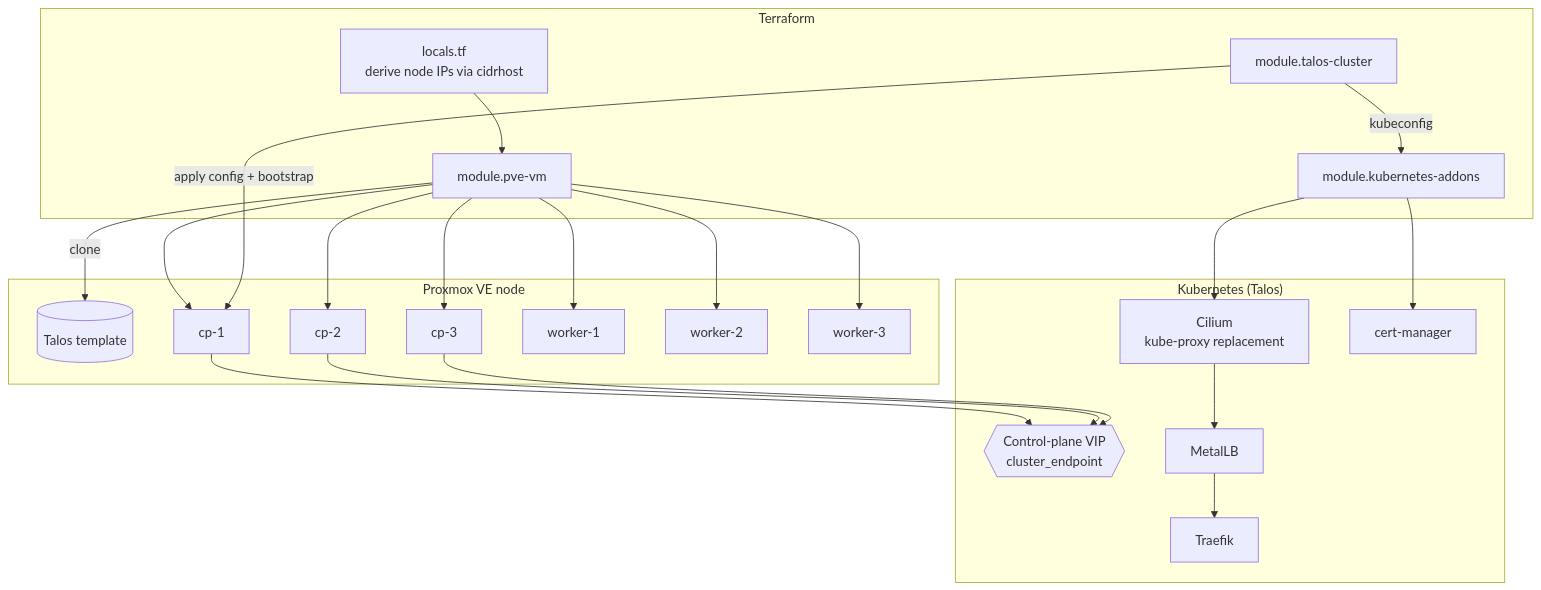
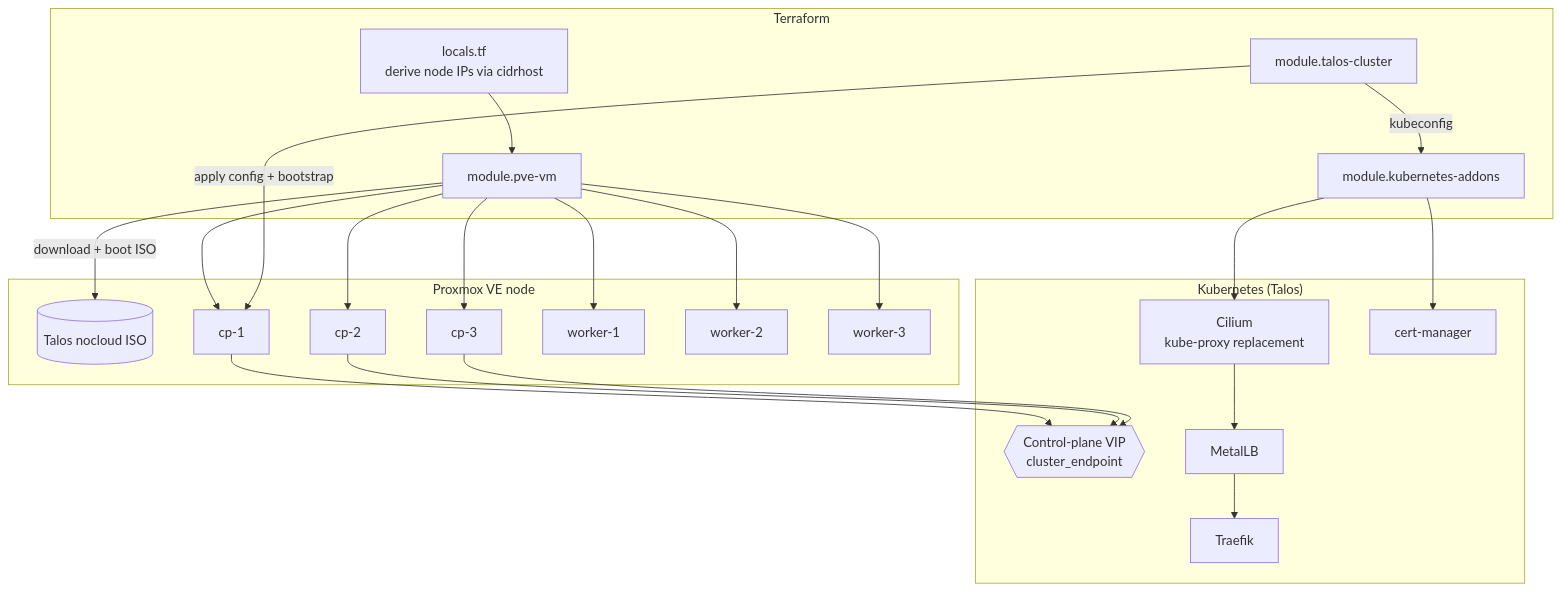
One commit to sm-creative-hrzl/terraform-pve-talos-kubernetes changed the diagram in README.md. Above: the diagram before and after it, drawn with Mermaid. The commit also changed other lines of this file and 12 other files, not shown here.

First line of the commit message:
feat(pve-vm): boot Talos VMs from ISO instead of cloning a template

````diff
--- a/README.md
+++ b/README.md
@@ -21,36 +21,36 @@
 ```mermaid
 flowchart TD
     subgraph TF["Terraform"]
         L[locals.tf<br/>derive node IPs via cidrhost]
         M1[module.pve-vm]
         M2[module.talos-cluster]
         M3[module.kubernetes-addons]
     end
 
     subgraph PVE["Proxmox VE node"]
-        T[(Talos template)]
+        T[(Talos nocloud ISO)]
         CP1[cp-1]
         CP2[cp-2]
         CP3[cp-3]
         W1[worker-1]
         W2[worker-2]
         W3[worker-3]
     end
 
     subgraph K8S["Kubernetes (Talos)"]
         VIP{{Control-plane VIP<br/>cluster_endpoint}}
         CNI[Cilium<br/>kube-proxy replacement]
         LB[MetalLB]
         ING[Traefik]
         CM[cert-manager]
     end
 
     L --> M1
-    M1 -->|clone| T
+    M1 -->|download + boot ISO| T
     M1 --> CP1 & CP2 & CP3 & W1 & W2 & W3
     M2 -->|apply config + bootstrap| CP1
     CP1 & CP2 & CP3 --> VIP
     M2 -->|kubeconfig| M3
     M3 --> CNI --> LB --> ING
     M3 --> CM
 ```
````
